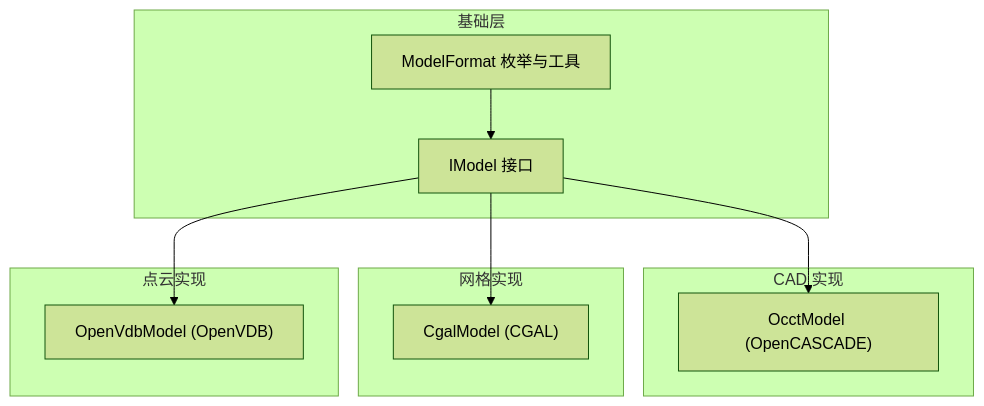
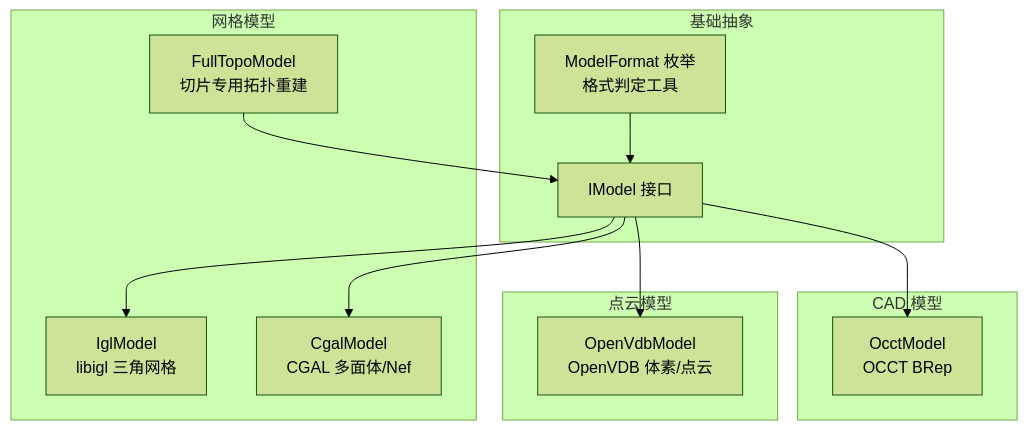
One commit to hsmbanlance/HsBaSlicer changed the first of 12 diagrams in .qoder/repowiki/zh/content/核心概念/模型抽象接口/模型抽象接口.md. Above: the diagram before and after it, drawn with Mermaid (forest theme). The commit also changed other lines of this file and 1135 other files, not shown here.

````diff
--- a/.qoder/repowiki/zh/content/核心概念/模型抽象接口/模型抽象接口.md
+++ b/.qoder/repowiki/zh/content/核心概念/模型抽象接口/模型抽象接口.md
@@ -38,20 +37,24 @@
 ```mermaid
 graph TB
-subgraph "基础层"
+subgraph "基础抽象"
 IM["IModel 接口"]
-MF["ModelFormat 枚举与工具"]
+MF["ModelFormat 枚举<br/>格式判定工具"]
 end
-subgraph "CAD 实现"
-OCCT["OcctModel (OpenCASCADE)"]
+subgraph "网格模型"
+IG["IglModel<br/>libigl 三角网格"]
+CG["CgalModel<br/>CGAL 多面体/Nef"]
+FT["FullTopoModel<br/>切片专用拓扑重建"]
 end
-subgraph "网格实现"
-CGAL["CgalModel (CGAL)"]
+subgraph "CAD 模型"
+OC["OcctModel<br/>OCCT BRep"]
 end
-subgraph "点云实现"
-VDB["OpenVdbModel (OpenVDB)"]
+subgraph "点云模型"
+OV["OpenVdbModel<br/>OpenVDB 体素/点云"]
 end
-IM --> OCCT
-IM --> CGAL
-IM --> VDB
+IM --> IG
+IM --> CG
+IM --> OC
+IM --> OV
+FT --> IM
 MF --> IM
 ```
````
